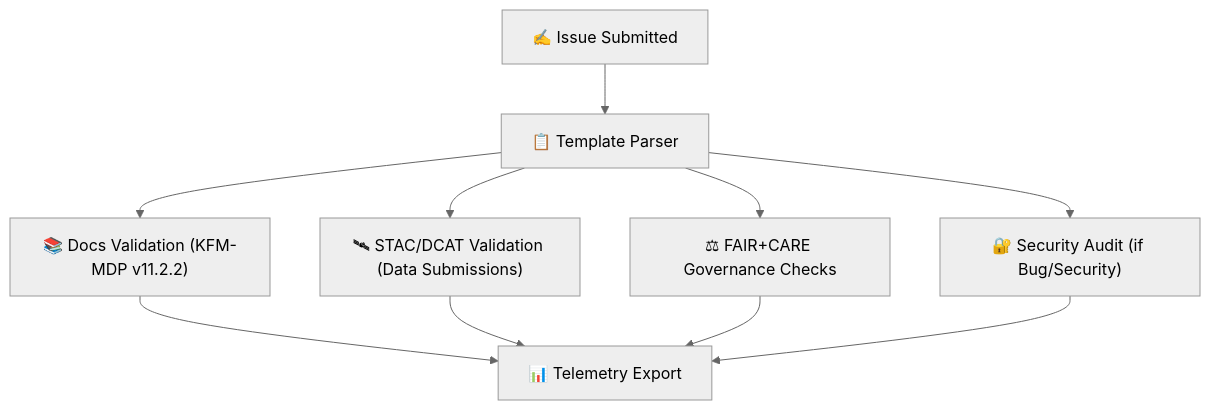
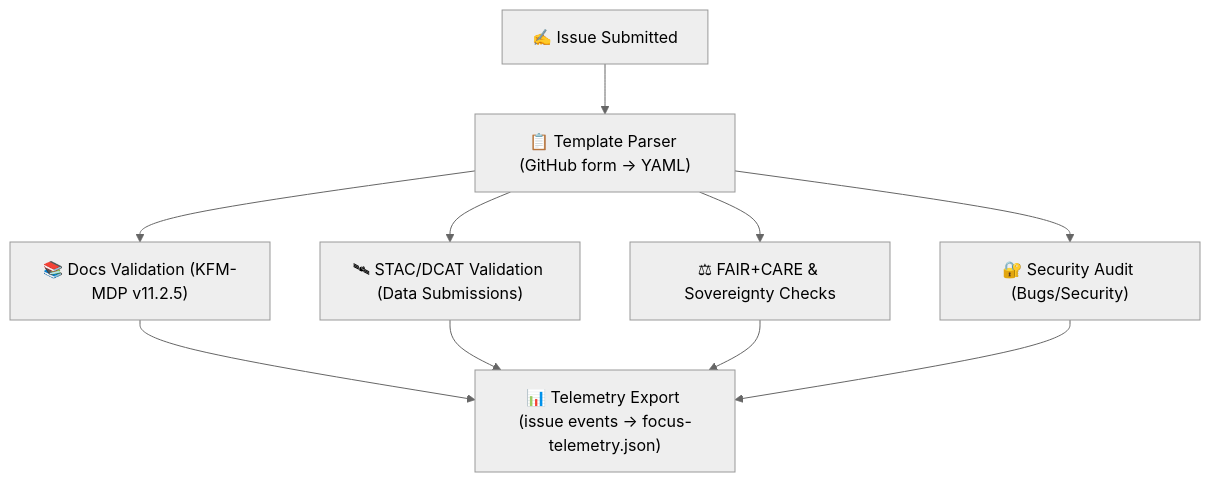
The diagram in .github/ISSUE_TEMPLATE/README.md (bartytime4life/Kansas-Frontier-Matrix), drawn with Mermaid (neutral theme) before and after one commit. The commit also changed other lines of this file, not shown here.

````diff
--- a/.github/ISSUE_TEMPLATE/README.md
+++ b/.github/ISSUE_TEMPLATE/README.md
@@ -255,12 +333,12 @@
-```mermaid
+~~~mermaid
 flowchart TD
-  A["✍️ Issue Submitted"] --> B["📋 Template Parser"]
-  B --> C["📚 Docs Validation (KFM-MDP v11.2.2)"]
+  A["✍️ Issue Submitted"] --> B["📋 Template Parser (GitHub form → YAML)"]
+  B --> C["📚 Docs Validation (KFM-MDP v11.2.5)"]
   B --> D["🛰 STAC/DCAT Validation (Data Submissions)"]
-  B --> E["⚖ FAIR+CARE Governance Checks"]
-  B --> F["🔐 Security Audit (if Bug/Security)"]
-  C --> G["📊 Telemetry Export"]
+  B --> E["⚖ FAIR+CARE & Sovereignty Checks"]
+  B --> F["🔐 Security Audit (Bugs/Security)"]
+  C --> G["📊 Telemetry Export (issue events → focus-telemetry.json)"]
   D --> G
   E --> G
   F --> G
-```
+~~~
````
